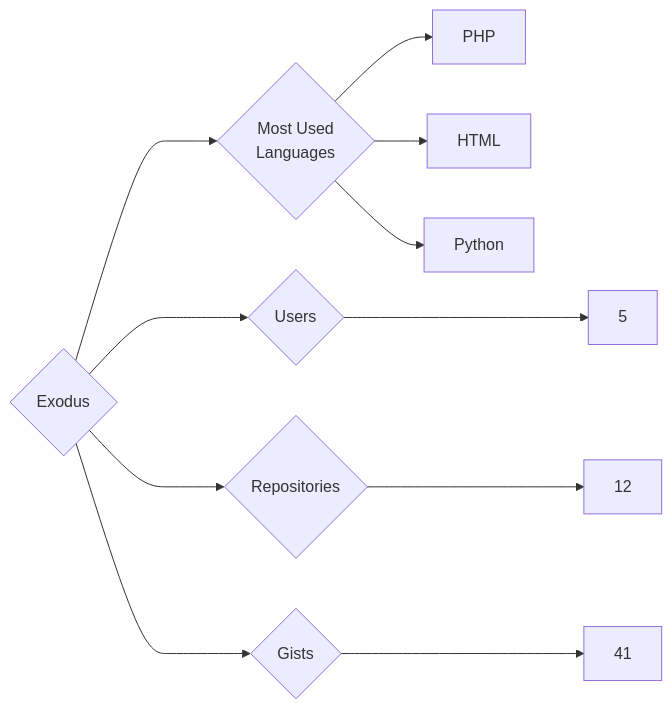
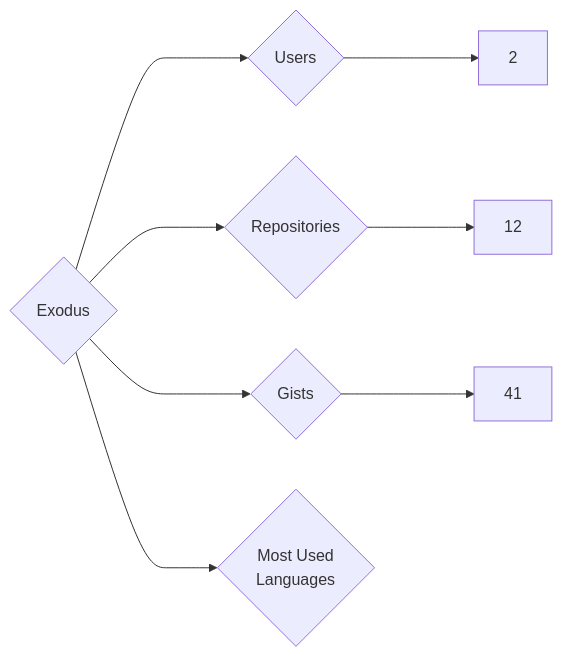
One commit to trickest/insiders changed the diagram in targets/Exodus/README.md. Above: the diagram before and after it, drawn with Mermaid. The commit also changed 745 other files, not shown here.

````diff
--- a/targets/Exodus/README.md
+++ b/targets/Exodus/README.md
@@ -3,11 +3,8 @@
 ```mermaid
 graph LR
 COMPANY_NAME{Exodus}
-COMPANY_NAME ---> U{Users} ---> UN[5]
+COMPANY_NAME ---> U{Users} ---> UN[2]
 COMPANY_NAME ---> R{Repositories} ---> RN[12]
 COMPANY_NAME ---> G{Gists} ---> GN[41]
 COMPANY_NAME ---> ML{Most Used<br>Languages}
-ML --> PHP[PHP]
-ML --> HTML[HTML]
-ML --> Python[Python]
 ```
````
